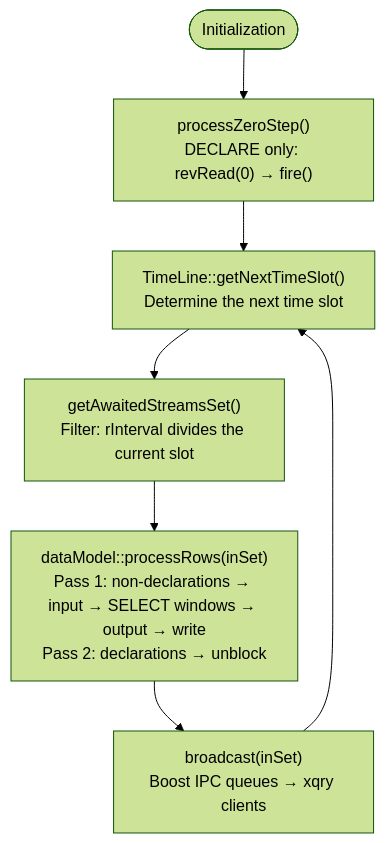
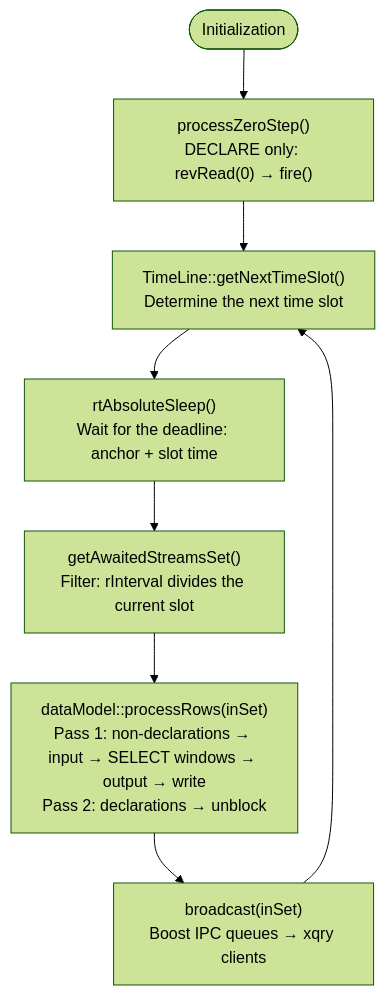
The first of 6 diagrams in query-execution/query-tree-traversal-algorithm.md (michalwidera/documentation-rdb), drawn with Mermaid (forest theme) before and after one commit. The commit also changed other lines of this file and 4 other files, not shown here.

````diff
--- a/query-execution/query-tree-traversal-algorithm.md
+++ b/query-execution/query-tree-traversal-algorithm.md
@@ -7,11 +7,12 @@
 ```mermaid
 %% pdf-height: 55%
 %%{init: {"markdownAutoWrap": false}}%%
 flowchart TD
     A([Initialization]) --> B
     B["processZeroStep()<br/>DECLARE only: revRead(0) → fire()"] --> C
-    C["TimeLine::getNextTimeSlot()<br/>Determine the next time slot"] --> D
+    C["TimeLine::getNextTimeSlot()<br/>Determine the next time slot"] --> W
+    W["rtAbsoluteSleep()<br/>Wait for the deadline: anchor + slot time"] --> D
     D["getAwaitedStreamsSet()<br/>Filter: rInterval divides the current slot"] --> E
     E["dataModel::processRows(inSet)<br/>Pass 1: non-declarations → input → SELECT windows → output → write<br/>Pass 2: declarations → unblock"] --> F
     F["broadcast(inSet)<br/>Boost IPC queues → xqry clients"] --> C
 ```
````
